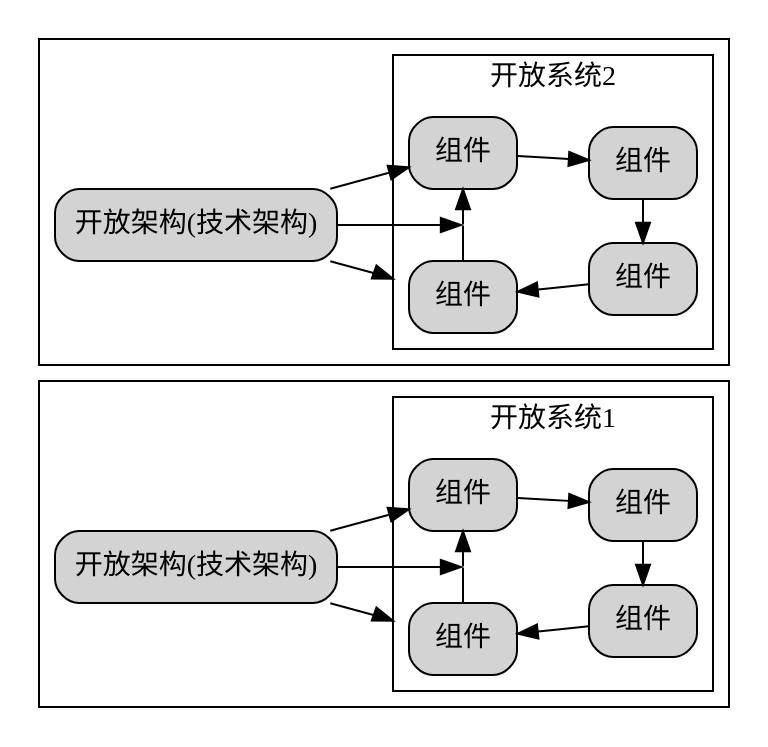
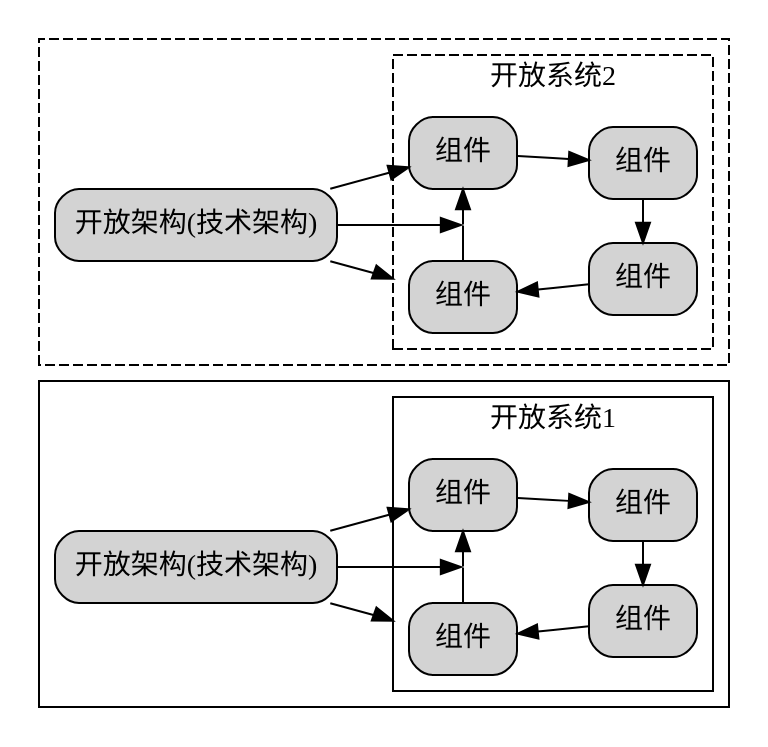
Before and after one commit to chaozhang2000/soa: the diagram in parts/definition1.dot, drawn with Graphviz. The commit also changed 1 other file, not shown here.

```diff
--- a/parts/definition1.dot
+++ b/parts/definition1.dot
@@ -1,63 +1,63 @@
 digraph G {
   graph [rankdir=LR,compound=true];
   node [shape=box, style="rounded,filled"];
   
   subgraph cluster1{
     label=""
     style=dash
     
     subgraph cluster_system1{
       label="开放系统1"
       node1[label="组件"]
       node2[label="组件"] 
       node3[label="组件"]
       node4[label="组件"]
       
       // 创建不可见节点
       invis_node1 [shape=point, width=0, height=0, label=""]
       
       // 重新连接节点，在node1和node2之间插入不可见节点
       node1 -> node2
       node2 -> node3
       node3 -> node4
       node4 -> invis_node1 [dir=none]  // dir=none 表示没有箭头
       invis_node1 -> node1
       
       {rank=same;node1;node4;invis_node1}
       {rank=same;node2;node3}
     }
   TA1[label="开放架构(技术架构)"]
   TA1->node1
   TA1->invis_node1
   TA1->node4[lhead="cluster_system1"]
 }
   subgraph cluster2{
     label=""
-    style=dash
+    style=dashed
     
     subgraph cluster_system2{
       label="开放系统2"
       node5[label="组件"]
       node6[label="组件"] 
       node7[label="组件"]
       node8[label="组件"]
       
       // 创建不可见节点
       invis_node2 [shape=point, width=0, height=0, label=""]
       
       // 重新连接节点，在node5和node6之间插入不可见节点
       node5 -> node6
       node6 -> node7
       node7 -> node8
       node8 -> invis_node2 [dir=none]  // dir=none 表示没有箭头
       invis_node2 -> node5
       
       {rank=same;node5;node8;invis_node2}
       {rank=same;node6;node7}
     }
   TA2[label="开放架构(技术架构)"]
   TA2->node5
   TA2->invis_node2
   TA2->node8[lhead="cluster_system2"]
   }
 }
```
